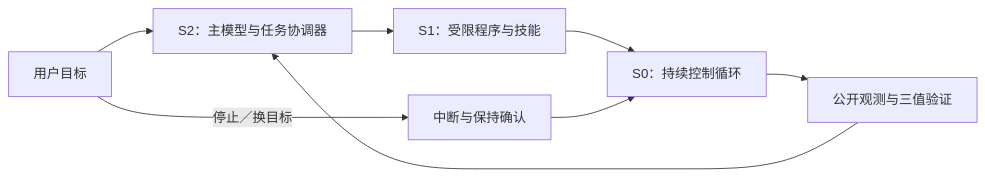
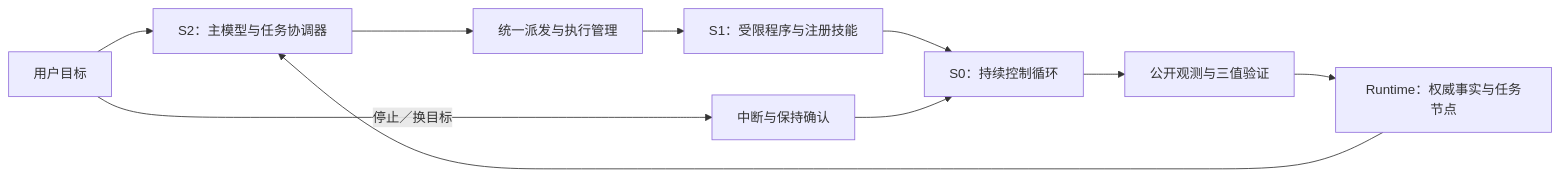
The diagram in README.md (RiseBun/agentic-robotics), drawn with Mermaid before and after one commit. The commit also changed other lines of this file and 167 other files, not shown here.

````diff
--- a/README.md
+++ b/README.md
@@ -7,10 +7,12 @@
 ```mermaid
 flowchart LR
     U[用户目标] --> S2[S2：主模型与任务协调器]
-    S2 --> S1[S1：受限程序与技能]
+    T[Runtime：权威事实与任务节点] --> S2
+    S2 --> E[统一派发与执行管理]
+    E --> S1[S1：受限程序与注册技能]
     S1 --> S0[S0：持续控制循环]
     S0 --> V[公开观测与三值验证]
-    V --> S2
+    V --> T
     U -->|停止／换目标| C[中断与保持确认]
     C --> S0
 ```
````
